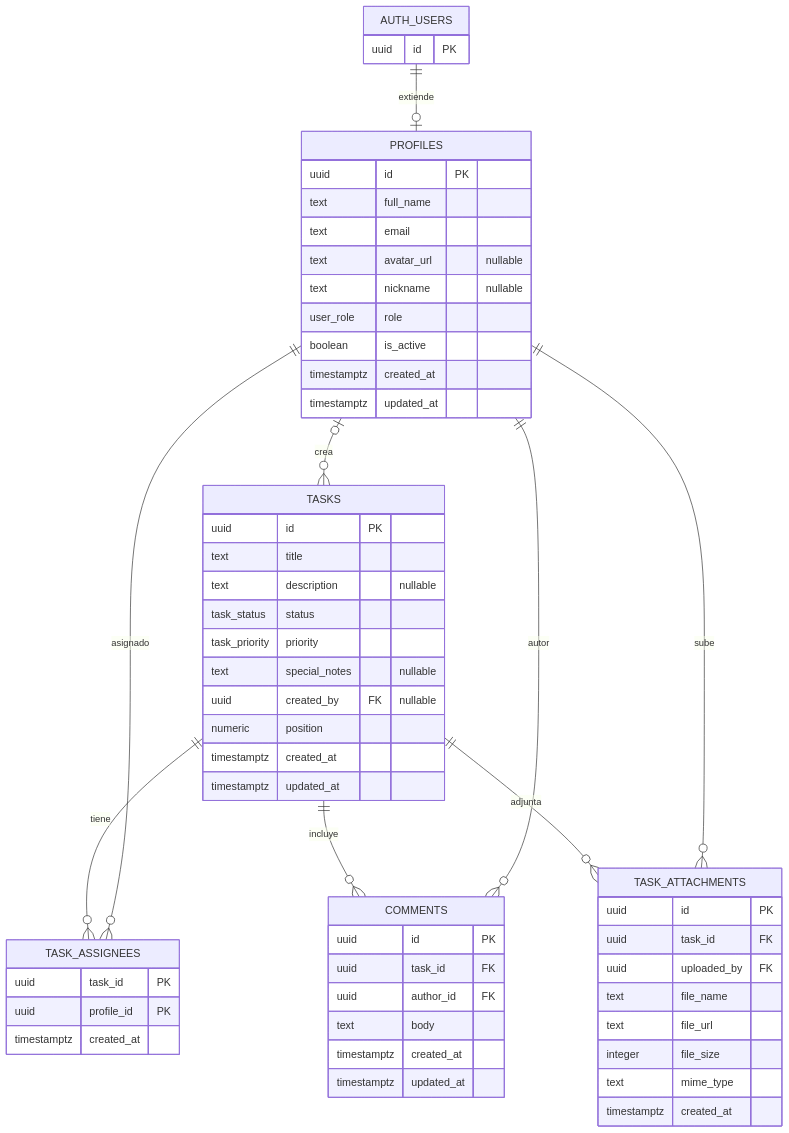
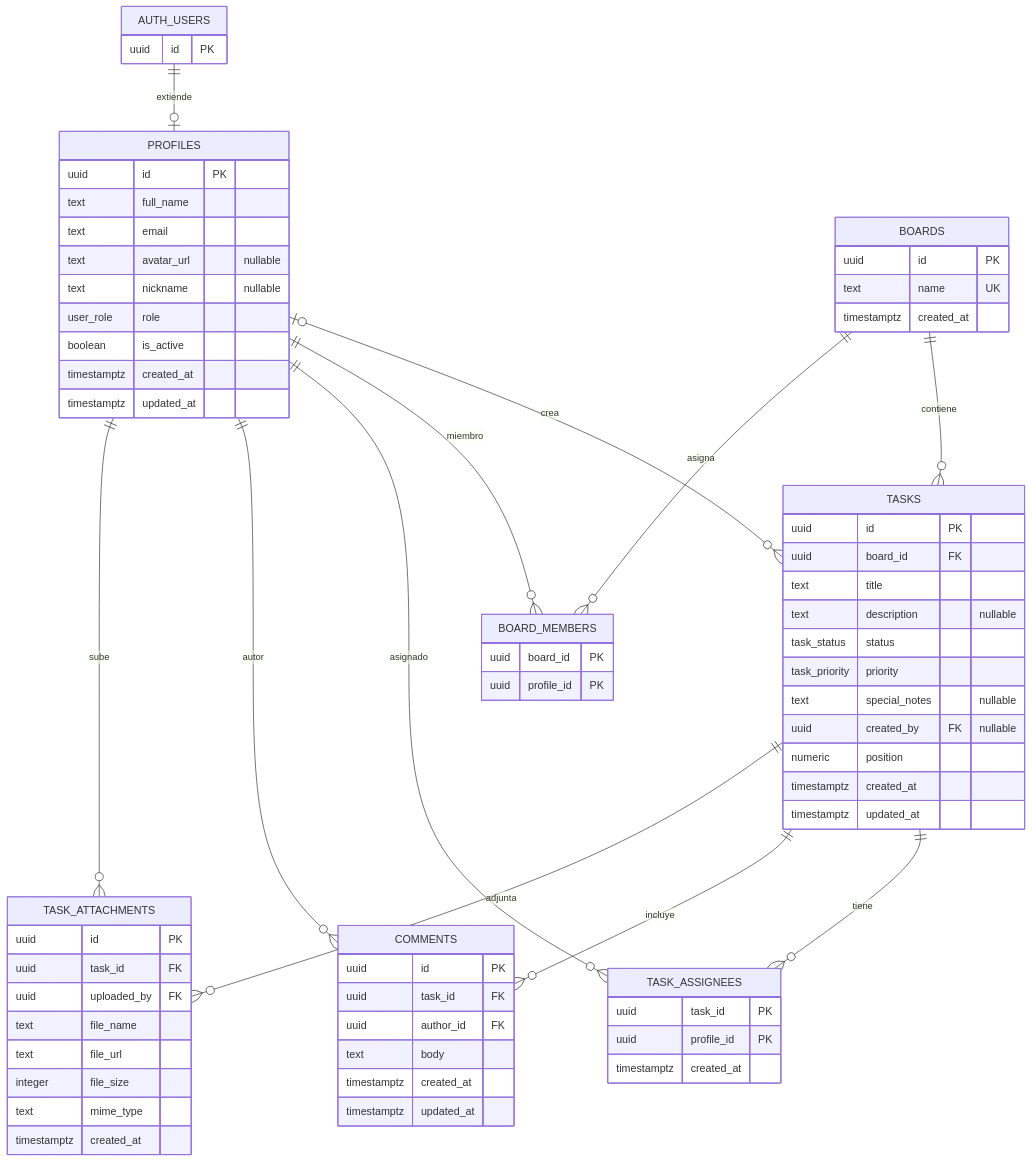
Before and after one commit to furthurr/dashboardFurthurr: the diagram in .data/04-schema.md, drawn with Mermaid. The commit also changed other lines of this file and 44 other files, not shown here.

````diff
--- a/.data/04-schema.md
+++ b/.data/04-schema.md
@@ -7,61 +7,74 @@
 ```mermaid
 erDiagram
   AUTH_USERS ||--o| PROFILES : "extiende"
   PROFILES o|--o{ TASKS : "crea"
+  BOARDS ||--o{ TASKS : "contiene"
+  BOARDS ||--o{ BOARD_MEMBERS : "asigna"
+  PROFILES ||--o{ BOARD_MEMBERS : "miembro"
   TASKS ||--o{ TASK_ASSIGNEES : "tiene"
   PROFILES ||--o{ TASK_ASSIGNEES : "asignado"
   TASKS ||--o{ COMMENTS : "incluye"
   PROFILES ||--o{ COMMENTS : "autor"
   TASKS ||--o{ TASK_ATTACHMENTS : "adjunta"
   PROFILES ||--o{ TASK_ATTACHMENTS : "sube"
 
   AUTH_USERS {
     uuid id PK
   }
   PROFILES {
     uuid id PK
     text full_name
     text email
     text avatar_url "nullable"
     text nickname "nullable"
     user_role role
     boolean is_active
     timestamptz created_at
     timestamptz updated_at
   }
+  BOARDS {
+    uuid id PK
+    text name UK
+    timestamptz created_at
+  }
+  BOARD_MEMBERS {
+    uuid board_id PK
+    uuid profile_id PK
+  }
   TASKS {
     uuid id PK
+    uuid board_id FK
     text title
     text description "nullable"
     task_status status
     task_priority priority
     text special_notes "nullable"
     uuid created_by FK "nullable"
     numeric position
     timestamptz created_at
     timestamptz updated_at
   }
   TASK_ASSIGNEES {
     uuid task_id PK
     uuid profile_id PK
     timestamptz created_at
   }
   COMMENTS {
     uuid id PK
     uuid task_id FK
     uuid author_id FK
     text body
     timestamptz created_at
     timestamptz updated_at
   }
   TASK_ATTACHMENTS {
     uuid id PK
     uuid task_id FK
     uuid uploaded_by FK
     text file_name
     text file_url
     integer file_size
     text mime_type
     timestamptz created_at
   }
 ```
````
